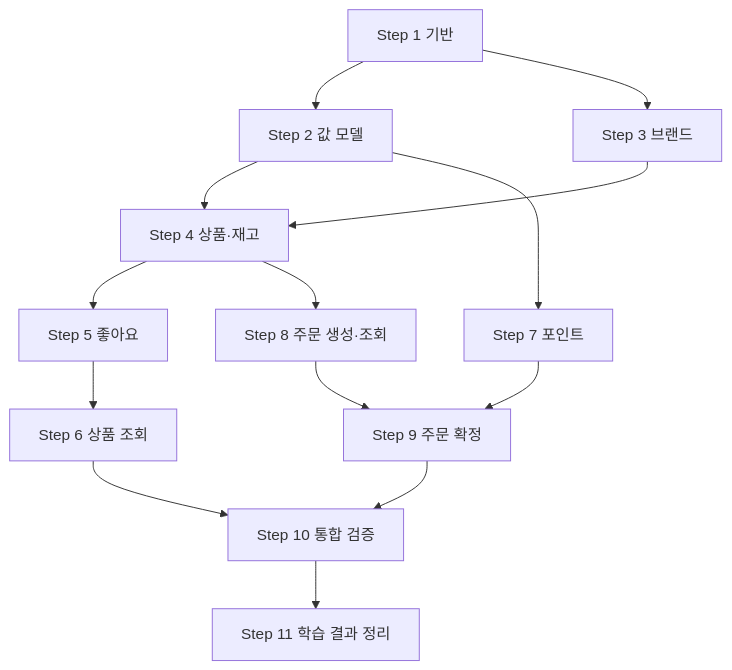
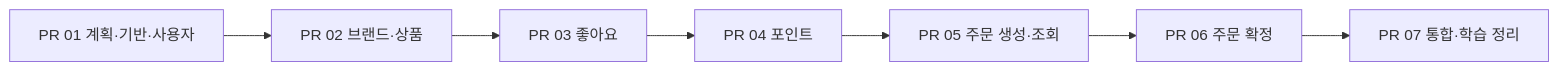
Before and after one commit to corinB/loop-pack-be-l2-vol5-java: the diagram in docs/week2/development-plan.md, drawn with Mermaid. The commit also changed other lines of this file and 10 other files, not shown here.

````diff
--- a/docs/week2/development-plan.md
+++ b/docs/week2/development-plan.md
@@ -93,16 +42,9 @@
 ```mermaid
-flowchart TD
-    S1[Step 1 기반] --> S2[Step 2 값 모델]
-    S1 --> S3[Step 3 브랜드]
-    S2 --> S4[Step 4 상품·재고]
-    S3 --> S4
-    S4 --> S5[Step 5 좋아요]
-    S5 --> S6[Step 6 상품 조회]
-    S2 --> S7[Step 7 포인트]
-    S4 --> S8[Step 8 주문 생성·조회]
-    S7 --> S9[Step 9 주문 확정]
-    S8 --> S9
-    S6 --> S10[Step 10 통합 검증]
-    S9 --> S10
-    S10 --> S11[Step 11 학습 결과 정리]
+flowchart LR
+    P1[PR 01 계획·기반·사용자] --> P2[PR 02 브랜드·상품]
+    P2 --> P3[PR 03 좋아요]
+    P3 --> P4[PR 04 포인트]
+    P4 --> P5[PR 05 주문 생성·조회]
+    P5 --> P6[PR 06 주문 확정]
+    P6 --> P7[PR 07 통합·학습 정리]
 ```
````
